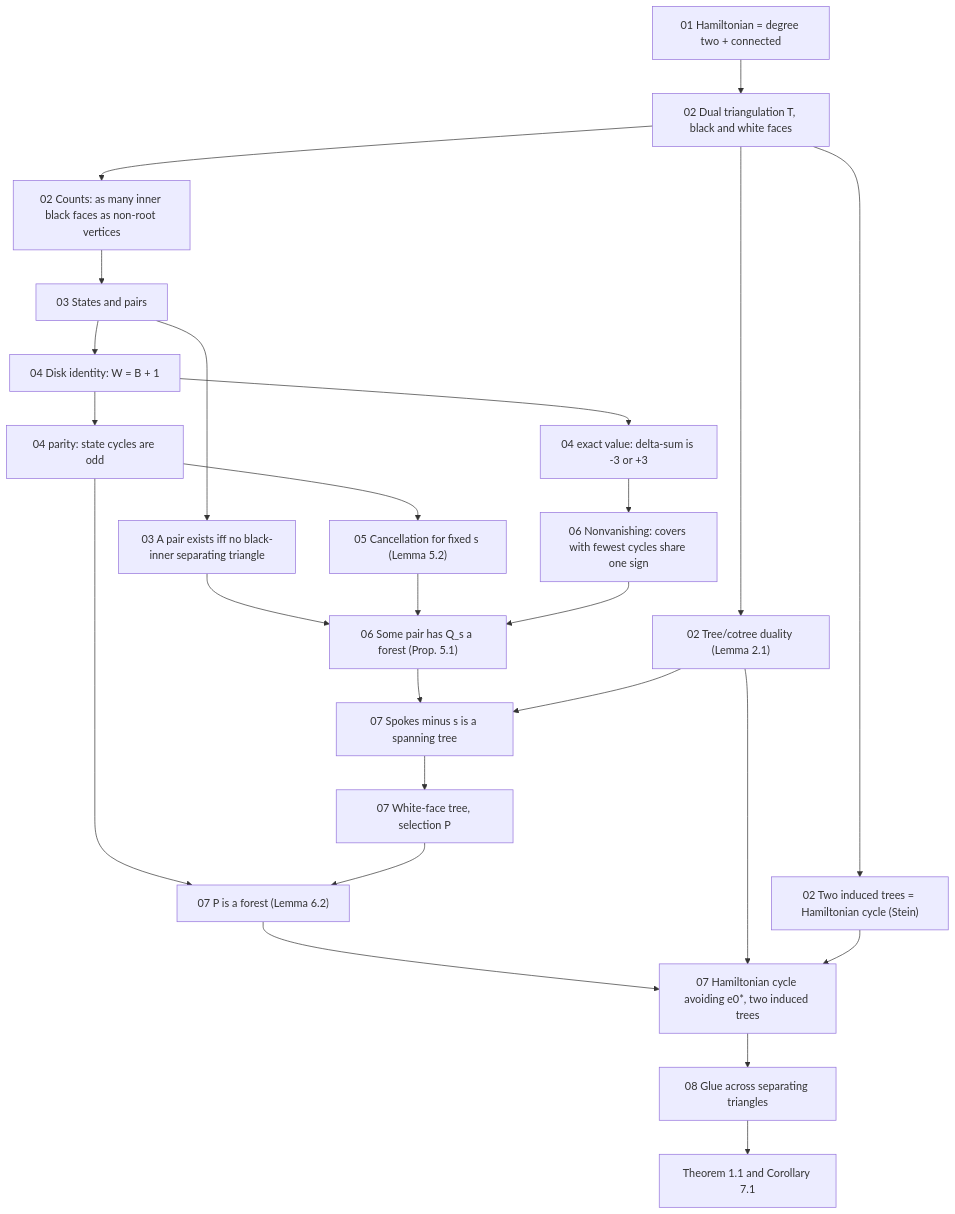
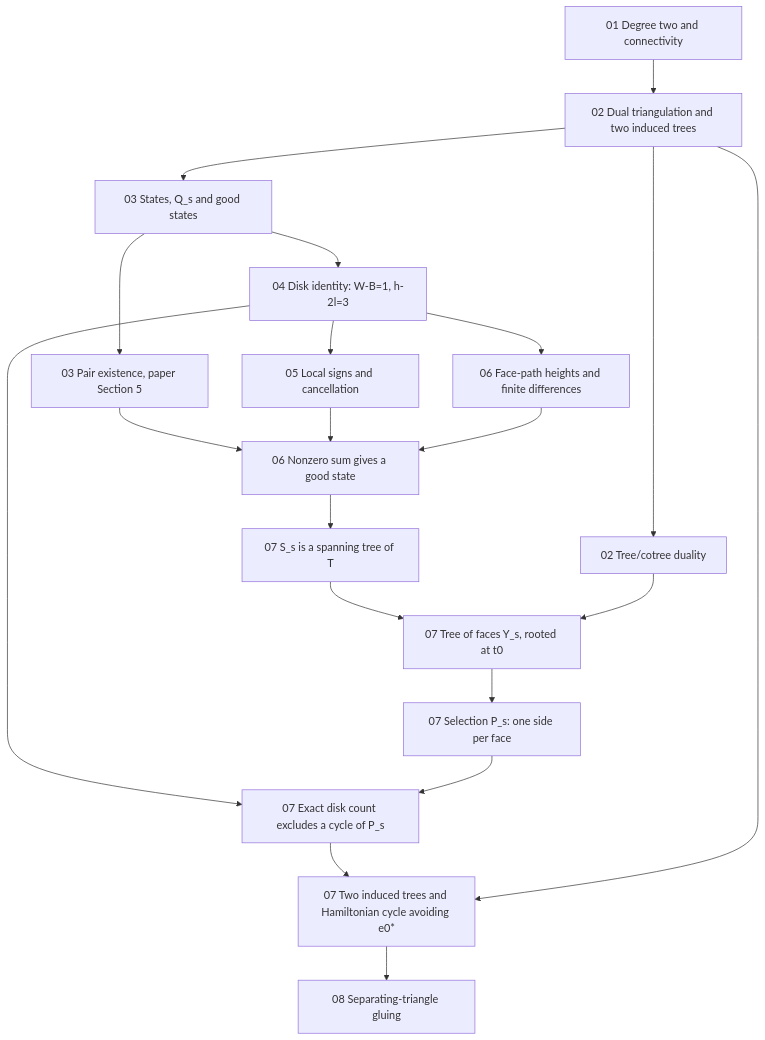
The diagram in digestions/steps/00-overview.md (Tomodovodoo/mathathon-Barnette-s-Conjecture), drawn with Mermaid before and after one commit. The commit also changed other lines of this file and 18 other files, not shown here.

````diff
--- a/digestions/steps/00-overview.md
+++ b/digestions/steps/00-overview.md
@@ -32,27 +28,22 @@
 ```mermaid
 flowchart TD
-    A["01 Hamiltonian = degree two + connected"] --> B["02 Dual triangulation T, black and white faces"]
-    B --> C["02 Two induced trees = Hamiltonian cycle (Stein)"]
-    B --> D["02 Counts: as many inner black faces as non-root vertices"]
-    B --> L["02 Tree/cotree duality (Lemma 2.1)"]
-    D --> E["03 States and pairs"]
-    E --> F["03 A pair exists iff no black-inner separating triangle"]
-    E --> G["04 Disk identity: W = B + 1"]
-    G --> G1["04 parity: state cycles are odd"]
-    G --> G3["04 exact value: delta-sum is -3 or +3"]
-    G1 --> H["05 Cancellation for fixed s (Lemma 5.2)"]
-    G3 --> I["06 Nonvanishing: covers with fewest cycles share one sign"]
-    F --> J["06 Some pair has Q_s a forest (Prop. 5.1)"]
-    H --> J
-    I --> J
-    J --> K["07 Spokes minus s is a spanning tree"]
-    L --> K
-    K --> M["07 White-face tree, selection P"]
-    G1 --> N["07 P is a forest (Lemma 6.2)"]
+    A["01 Degree two and connectivity"] --> B["02 Dual triangulation and two induced trees"]
+    B --> C["03 States, Q_s and good states"]
+    C --> D["03 Pair existence, paper Section 5"]
+    C --> E["04 Disk identity: W-B=1, h-2l=3"]
+    E --> F["05 Local signs and cancellation"]
+    E --> H["06 Face-path heights and finite differences"]
+    D --> I["06 Nonzero sum gives a good state"]
+    F --> I
+    H --> I
+    I --> J["07 S_s is a spanning tree of T"]
+    B --> K["02 Tree/cotree duality"]
+    J --> L["07 Tree of faces Y_s, rooted at t0"]
+    K --> L
+    L --> M["07 Selection P_s: one side per face"]
+    E --> N["07 Exact disk count excludes a cycle of P_s"]
     M --> N
-    N --> O["07 Hamiltonian cycle avoiding e0*, two induced trees"]
-    L --> O
-    C --> O
-    O --> P["08 Glue across separating triangles"]
-    P --> Q["Theorem 1.1 and Corollary 7.1"]
+    N --> O["07 Two induced trees and Hamiltonian cycle avoiding e0*"]
+    B --> O
+    O --> P["08 Separating-triangle gluing"]
 ```
````
